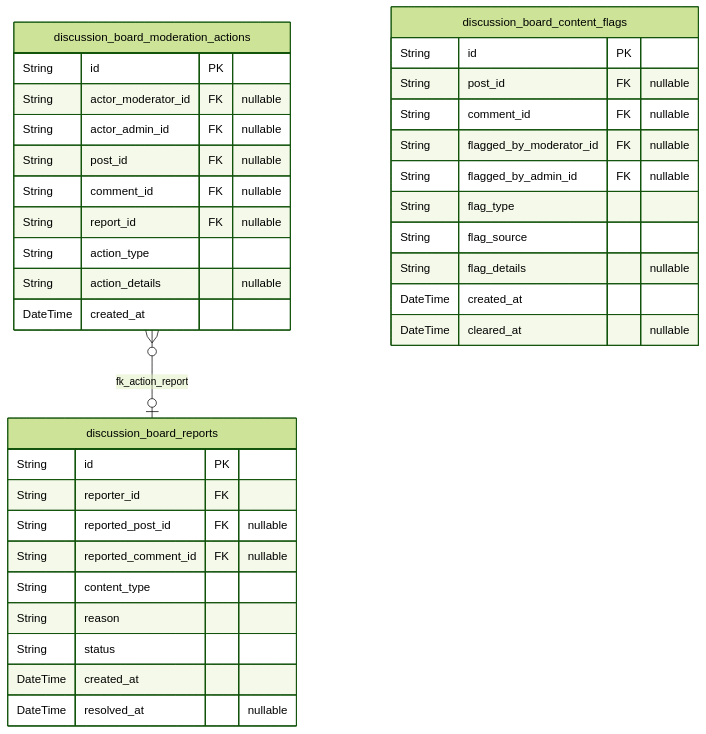
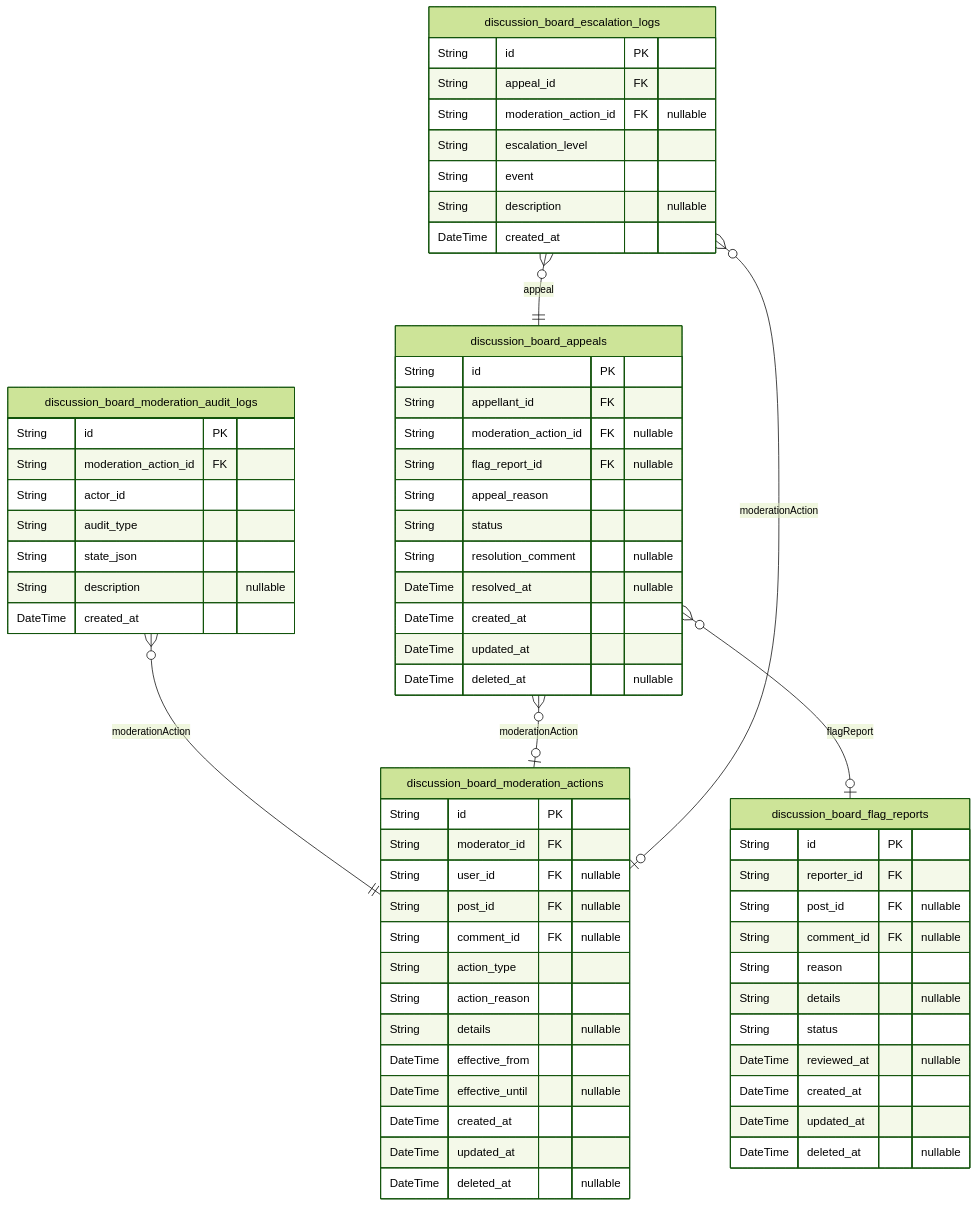
The fifth of 8 diagrams in docs/ERD.md (wrtnlabs/autobe-example-bbs-openai-gpt-4.1), drawn with Mermaid (forest theme) before and after one commit. The commit also changed other lines of this file and 1472 other files, not shown here.

````diff
--- a/docs/ERD.md
+++ b/docs/ERD.md
@@ -460,38 +711,67 @@
 ```mermaid
 erDiagram
-"discussion_board_reports" {
+"discussion_board_flag_reports" {
   String id PK
   String reporter_id FK
-  String reported_post_id FK "nullable"
-  String reported_comment_id FK "nullable"
-  String content_type
+  String post_id FK "nullable"
+  String comment_id FK "nullable"
   String reason
+  String details "nullable"
   String status
+  DateTime reviewed_at "nullable"
   DateTime created_at
-  DateTime resolved_at "nullable"
+  DateTime updated_at
+  DateTime deleted_at "nullable"
 }
 "discussion_board_moderation_actions" {
   String id PK
-  String actor_moderator_id FK "nullable"
-  String actor_admin_id FK "nullable"
+  String moderator_id FK
+  String user_id FK "nullable"
   String post_id FK "nullable"
   String comment_id FK "nullable"
-  String report_id FK "nullable"
   String action_type
-  String action_details "nullable"
+  String action_reason
+  String details "nullable"
+  DateTime effective_from
+  DateTime effective_until "nullable"
+  DateTime created_at
+  DateTime updated_at
+  DateTime deleted_at "nullable"
+}
+"discussion_board_moderation_audit_logs" {
+  String id PK
+  String moderation_action_id FK
+  String actor_id
+  String audit_type
+  String state_json
+  String description "nullable"
   DateTime created_at
 }
-"discussion_board_content_flags" {
+"discussion_board_appeals" {
   String id PK
-  String post_id FK "nullable"
-  String comment_id FK "nullable"
-  String flagged_by_moderator_id FK "nullable"
-  String flagged_by_admin_id FK "nullable"
-  String flag_type
-  String flag_source
-  String flag_details "nullable"
+  String appellant_id FK
+  String moderation_action_id FK "nullable"
+  String flag_report_id FK "nullable"
+  String appeal_reason
+  String status
+  String resolution_comment "nullable"
+  DateTime resolved_at "nullable"
   DateTime created_at
-  DateTime cleared_at "nullable"
+  DateTime updated_at
+  DateTime deleted_at "nullable"
 }
-"discussion_board_moderation_actions" }o--o| "discussion_board_reports" : fk_action_report
+"discussion_board_escalation_logs" {
+  String id PK
+  String appeal_id FK
+  String moderation_action_id FK "nullable"
+  String escalation_level
+  String event
+  String description "nullable"
+  DateTime created_at
+}
+"discussion_board_moderation_audit_logs" }o--|| "discussion_board_moderation_actions" : moderationAction
+"discussion_board_appeals" }o--o| "discussion_board_moderation_actions" : moderationAction
+"discussion_board_appeals" }o--o| "discussion_board_flag_reports" : flagReport
+"discussion_board_escalation_logs" }o--|| "discussion_board_appeals" : appeal
+"discussion_board_escalation_logs" }o--o| "discussion_board_moderation_actions" : moderationAction
 ```
````
